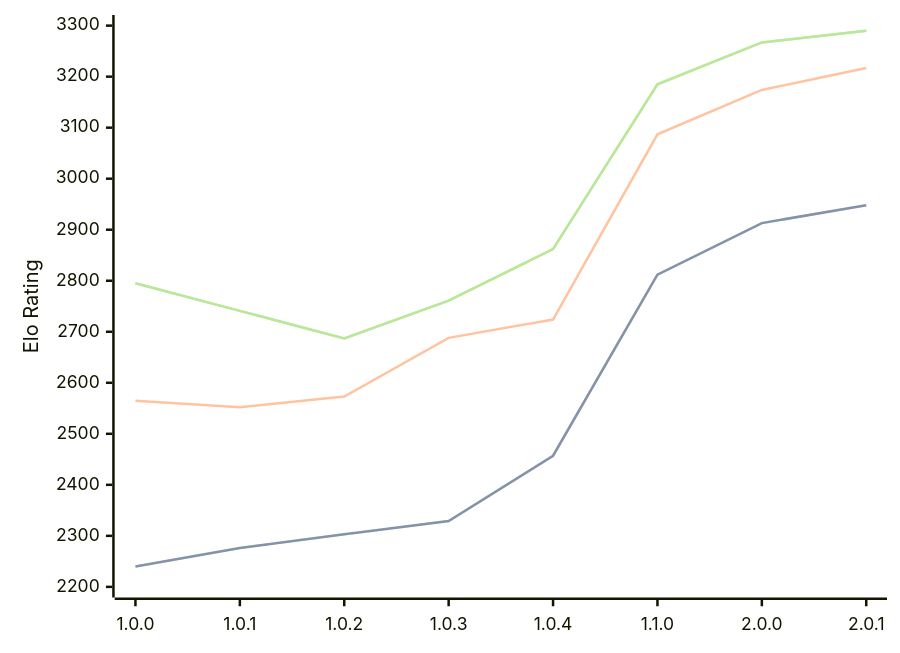
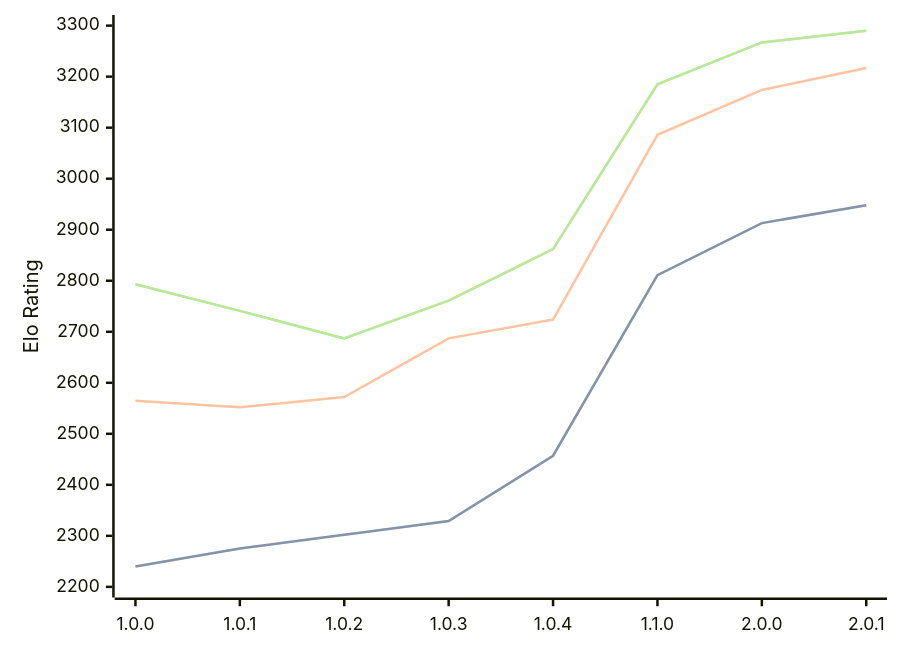
One commit to computer-chess-index/cci changed the diagram in engines/Grail.md. Above: the diagram before and after it, drawn with Mermaid. The commit also changed other lines of this file, not shown here.

Commit message:
Update CCI Ratings (ELO VLTC) - 2026-10-01

````diff
--- a/engines/Grail.md
+++ b/engines/Grail.md
@@ -38,11 +38,11 @@
 ```mermaid
 %%{init: {"theme":"base","themeVariables":{"seriesColors:['#a3a3a3','#222221','#faa371']}}}%%
 xychart-beta
   x-axis ["1.0.0", "1.0.1", "1.0.2", "1.0.3", "1.0.4", "1.1.0", "2.0.0", "2.0.1"]
   y-axis "Elo Rating" 2200 --> 3300
-  line "" [2240, 2276, 2303, 2329, 2457, 2812, 2913, 2948]
-  line "STC (8.0+0.08s)" [2240, 2276, 2303, 2329, 2457, 2812, 2913, 2948]
-  line "LTC (60.0+0.60s)" [2565, 2552, 2573, 2688, 2724, 3087, 3174, 3217]
-  line "" [2795, 2741, 2687, 2761, 2862, 3185, 3267, 3290]
-  line "VLTC (2m24s+1.12s)" [2795, 2741, 2687, 2761, 2862, 3185, 3267, 3290]
+  line "" [2240, 2275, 2302, 2329, 2457, 2811, 2913, 2948]
+  line "STC (8.0+0.08s)" [2240, 2275, 2302, 2329, 2457, 2811, 2913, 2948]
+  line "LTC (60.0+0.60s)" [2565, 2552, 2572, 2687, 2724, 3086, 3174, 3217]
+  line "" [2793, 2741, 2687, 2761, 2862, 3185, 3267, 3290]
+  line "VLTC (2m24s+1.12s)" [2793, 2741, 2687, 2761, 2862, 3185, 3267, 3290]
 ```
````
